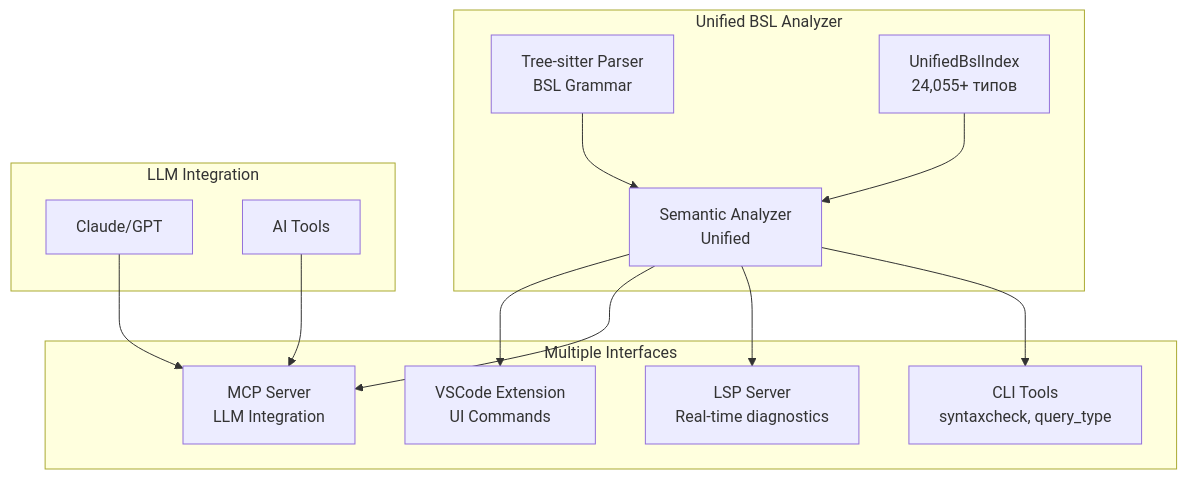
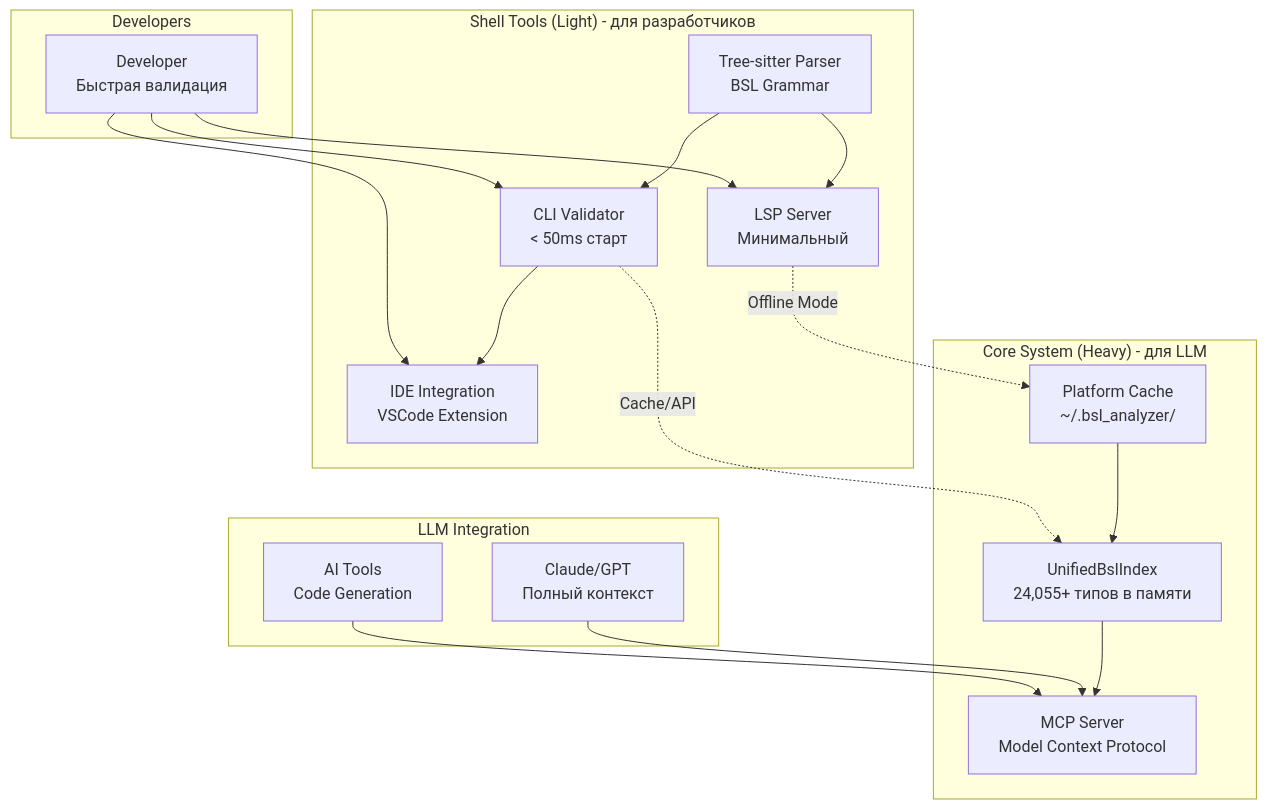
One commit to defin85/bsl_type_safety_analyzer changed the diagram in roadmap.md. Above: the diagram before and after it, drawn with Mermaid. The commit also changed other lines of this file and 23 other files, not shown here.

First line of the commit message:
feat: Remove HybridDocumentationStorage legacy architecture

````diff
--- a/roadmap.md
+++ b/roadmap.md
@@ -9,31 +10,42 @@
 ```mermaid
 graph TB
-    subgraph "Unified BSL Analyzer"
-        TSP[Tree-sitter Parser<br/>BSL Grammar]
-        UI[UnifiedBslIndex<br/>24,055+ типов]
-        SA[Semantic Analyzer<br/>Unified]
+    subgraph "Core System (Heavy) - для LLM"
+        UI[UnifiedBslIndex<br/>24,055+ типов в памяти]
+        MCP[MCP Server<br/>Model Context Protocol]
+        PC[Platform Cache<br/>~/.bsl_analyzer/]
         
-        TSP --> SA
-        UI --> SA
+        UI --> MCP
+        PC --> UI
     end
     
-    subgraph "Multiple Interfaces"
-        CLI[CLI Tools<br/>syntaxcheck, query_type]
-        LSP[LSP Server<br/>Real-time diagnostics]
-        MCP[MCP Server<br/>LLM Integration]
-        VSC[VSCode Extension<br/>UI Commands]
+    subgraph "Shell Tools (Light) - для разработчиков"
+        TSP[Tree-sitter Parser<br/>BSL Grammar]
+        CLI[CLI Validator<br/>< 50ms старт]
+        LSP[LSP Server<br/>Минимальный]
+        IDE[IDE Integration<br/>VSCode Extension]
         
-        SA --> CLI
-        SA --> LSP
-        SA --> MCP
-        SA --> VSC
+        TSP --> CLI
+        TSP --> LSP
+        CLI --> IDE
     end
     
     subgraph "LLM Integration"
-        Claude[Claude/GPT]
-        AI[AI Tools]
+        Claude[Claude/GPT<br/>Полный контекст]
+        AI[AI Tools<br/>Code Generation]
         
         Claude --> MCP
         AI --> MCP
     end
+    
+    subgraph "Developers"
+        Dev[Developer<br/>Быстрая валидация]
+        
+        Dev --> CLI
+        Dev --> LSP
+        Dev --> IDE
+    end
+    
+    %% Связи между Core и Shell
+    CLI -.->|Cache/API| UI
+    LSP -.->|Offline Mode| PC
 ```
````
